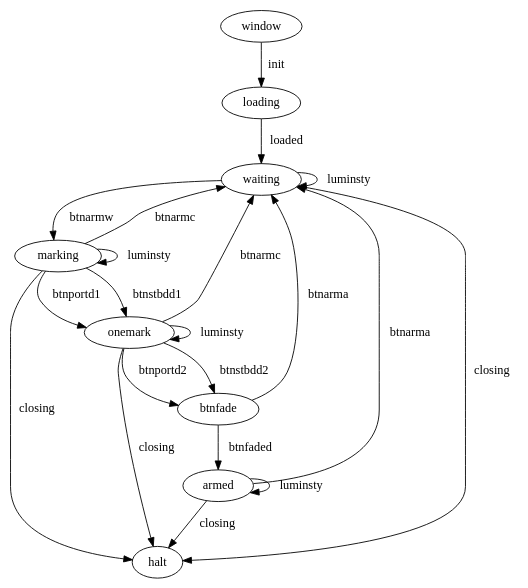
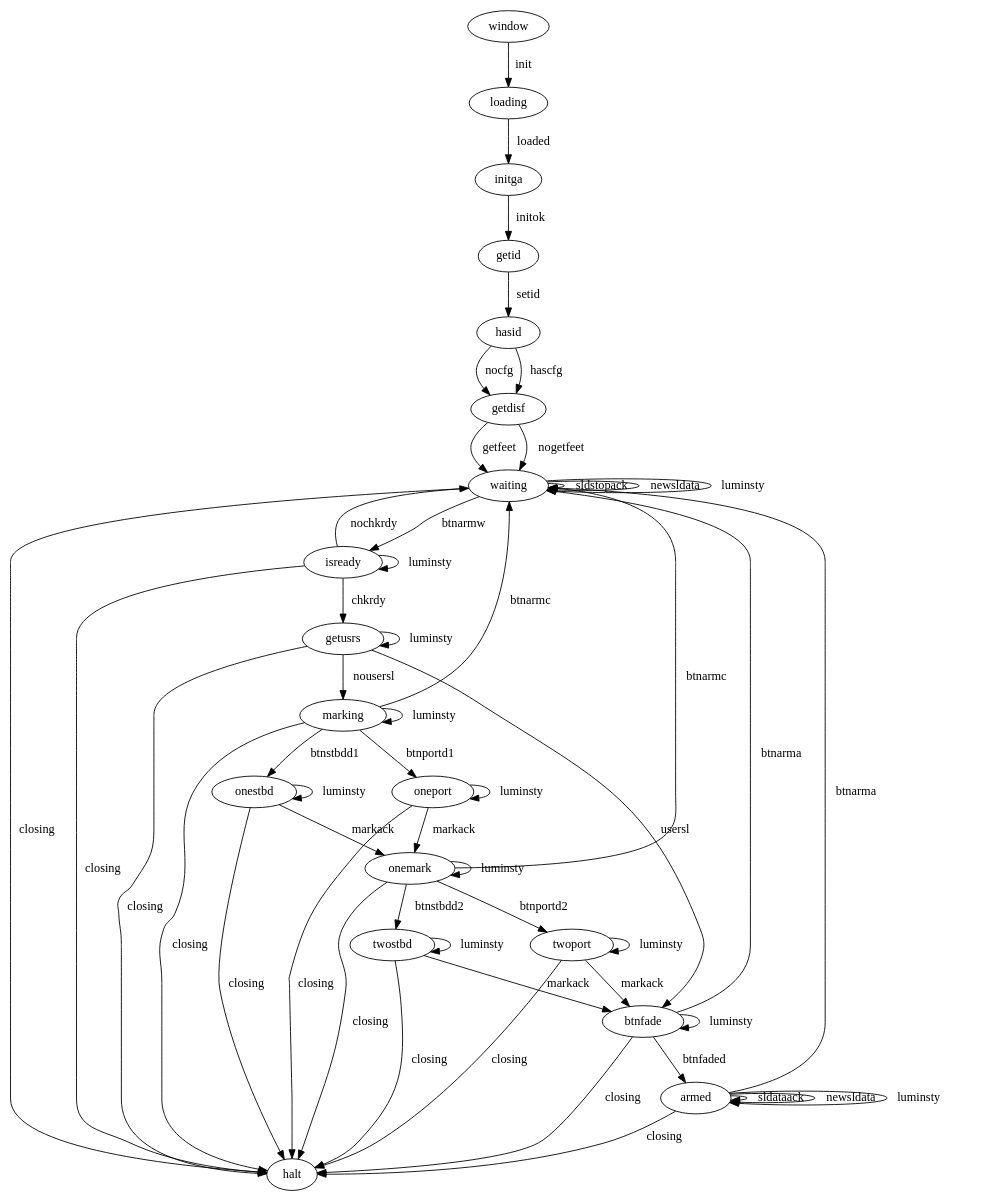
One commit to rgleason/dashboard_tactics_pi changed the diagram in instrujs/racedashstart/src/statemachine.dot. Above: the diagram before and after it, drawn with Graphviz. The commit also changed 23 other files, not shown here.

```diff
--- a/instrujs/racedashstart/src/statemachine.dot
+++ b/instrujs/racedashstart/src/statemachine.dot
@@ -1,30 +1,72 @@
 digraph "fsm" {
   "window";
   "loading";
+  "initga";
+  "getid";
+  "hasid";
+  "getdisf";
   "waiting";
+  "isready";
+  "getusrs";
   "marking";
+  "btnfade";
+  "oneport";
+  "onestbd";
   "onemark";
-  "btnfade";
+  "twoport";
+  "twostbd";
   "armed";
   "halt";
   "window" -> "loading" [ label=" init " ];
-  "loading" -> "waiting" [ label=" loaded " ];
-  "waiting" -> "marking" [ label=" btnarmw " ];
-  "marking" -> "onemark" [ label=" btnportd1 " ];
-  "marking" -> "onemark" [ label=" btnstbdd1 " ];
-  "onemark" -> "btnfade" [ label=" btnportd2 " ];
-  "onemark" -> "btnfade" [ label=" btnstbdd2 " ];
+  "loading" -> "initga" [ label=" loaded " ];
+  "initga" -> "getid" [ label=" initok " ];
+  "getid" -> "hasid" [ label=" setid " ];
+  "hasid" -> "getdisf" [ label=" nocfg " ];
+  "hasid" -> "getdisf" [ label=" hascfg " ];
+  "getdisf" -> "waiting" [ label=" getfeet " ];
+  "getdisf" -> "waiting" [ label=" nogetfeet " ];
+  "waiting" -> "waiting" [ label=" sldstopack " ];
+  "waiting" -> "waiting" [ label=" newsldata " ];
+  "waiting" -> "isready" [ label=" btnarmw " ];
+  "isready" -> "getusrs" [ label=" chkrdy " ];
+  "isready" -> "waiting" [ label=" nochkrdy " ];
+  "getusrs" -> "marking" [ label=" nousersl " ];
+  "getusrs" -> "btnfade" [ label=" usersl " ];
+  "marking" -> "oneport" [ label=" btnportd1 " ];
+  "marking" -> "onestbd" [ label=" btnstbdd1 " ];
+  "oneport" -> "onemark" [ label=" markack " ];
+  "onestbd" -> "onemark" [ label=" markack " ];
+  "onemark" -> "twoport" [ label=" btnportd2 " ];
+  "onemark" -> "twostbd" [ label=" btnstbdd2 " ];
+  "twoport" -> "btnfade" [ label=" markack " ];
+  "twostbd" -> "btnfade" [ label=" markack " ];
   "btnfade" -> "armed" [ label=" btnfaded " ];
+  "armed" -> "armed" [ label=" sldataack " ];
+  "armed" -> "armed" [ label=" newsldata " ];
   "marking" -> "waiting" [ label=" btnarmc " ];
   "onemark" -> "waiting" [ label=" btnarmc " ];
   "btnfade" -> "waiting" [ label=" btnarma " ];
   "armed" -> "waiting" [ label=" btnarma " ];
   "waiting" -> "waiting" [ label=" luminsty " ];
+  "isready" -> "isready" [ label=" luminsty " ];
+  "getusrs" -> "getusrs" [ label=" luminsty " ];
   "marking" -> "marking" [ label=" luminsty " ];
+  "oneport" -> "oneport" [ label=" luminsty " ];
+  "onestbd" -> "onestbd" [ label=" luminsty " ];
   "onemark" -> "onemark" [ label=" luminsty " ];
+  "twoport" -> "twoport" [ label=" luminsty " ];
+  "twostbd" -> "twostbd" [ label=" luminsty " ];
+  "btnfade" -> "btnfade" [ label=" luminsty " ];
   "armed" -> "armed" [ label=" luminsty " ];
   "waiting" -> "halt" [ label=" closing " ];
+  "isready" -> "halt" [ label=" closing " ];
+  "getusrs" -> "halt" [ label=" closing " ];
   "marking" -> "halt" [ label=" closing " ];
+  "oneport" -> "halt" [ label=" closing " ];
+  "onestbd" -> "halt" [ label=" closing " ];
   "onemark" -> "halt" [ label=" closing " ];
+  "twoport" -> "halt" [ label=" closing " ];
+  "twostbd" -> "halt" [ label=" closing " ];
+  "btnfade" -> "halt" [ label=" closing " ];
   "armed" -> "halt" [ label=" closing " ];
 }
```
